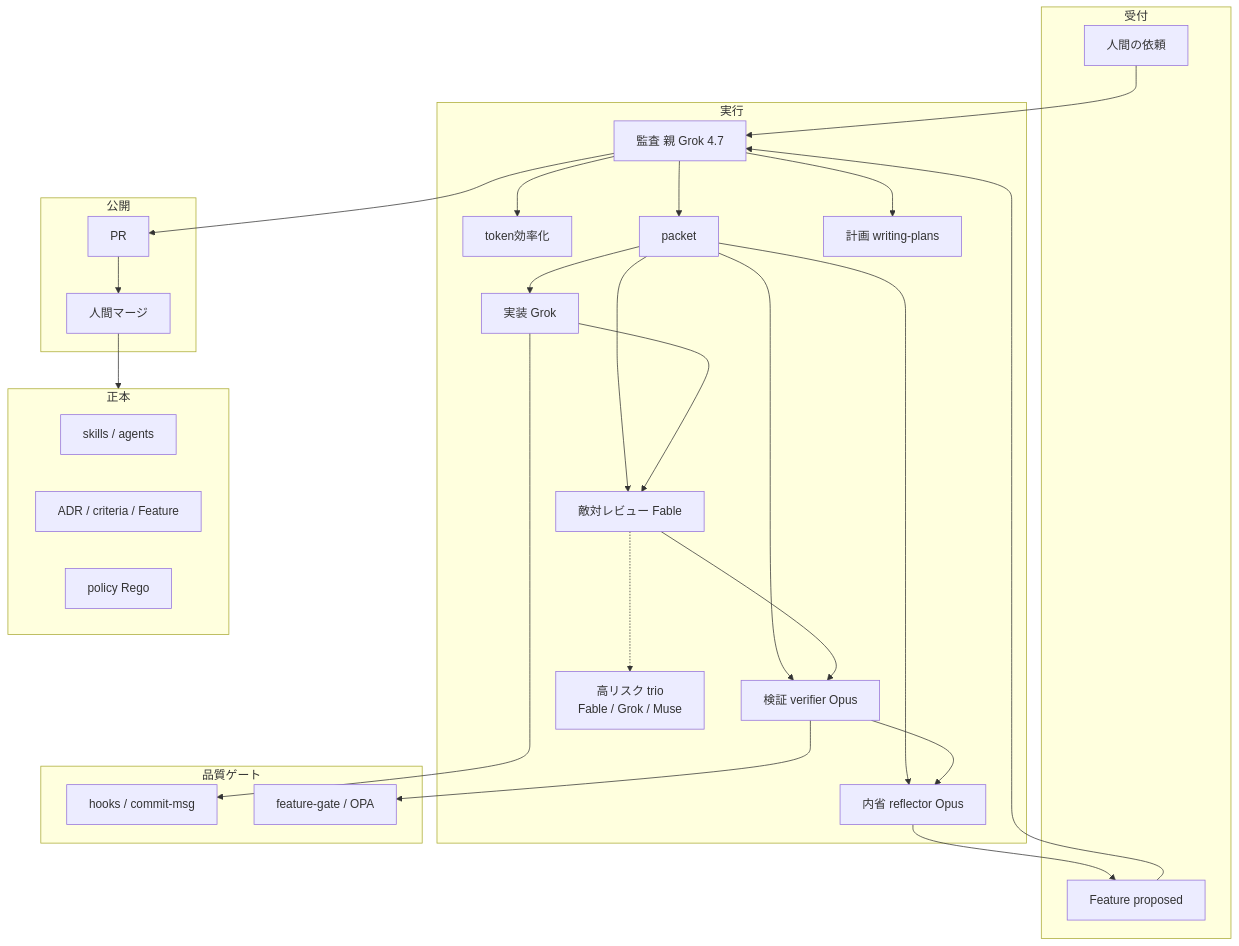
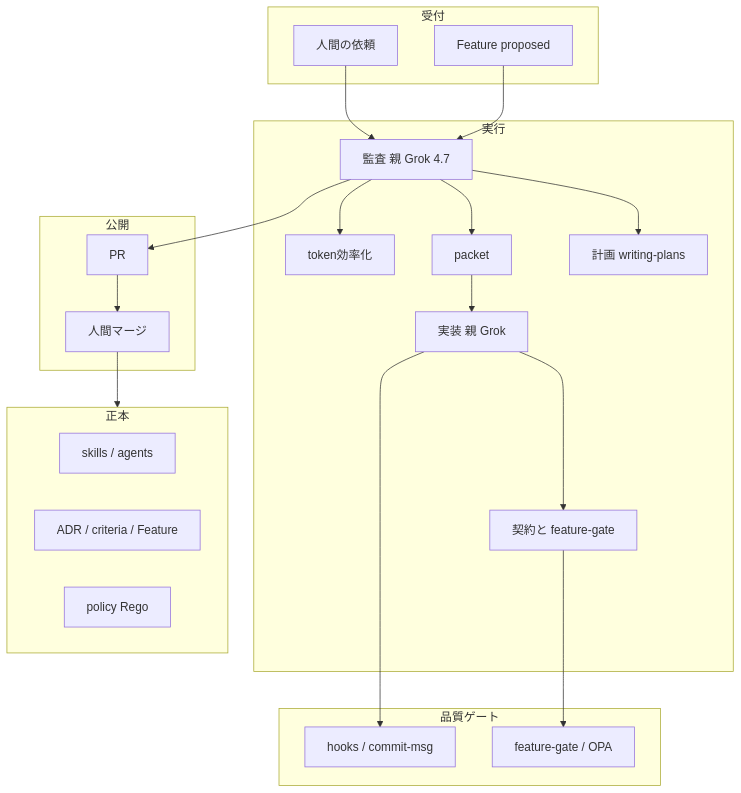
Before and after one commit to marumo333/marumo333-cursor-harness: the first of 3 diagrams in README.md, drawn with Mermaid. The commit also changed other lines of this file and 28 other files, not shown here.

````diff
--- a/README.md
+++ b/README.md
@@ -51,55 +51,45 @@
 ```mermaid
 flowchart TB
   subgraph inbound["受付"]
     H["人間の依頼"]
     FE["Feature proposed"]
   end
 
   subgraph plant["実行"]
     P["監査 親 Grok 4.7"]
     CM["token効率化"]
     PK["packet"]
     PL["計画 writing-plans"]
-    IM["実装 Grok"]
-    AR["敵対レビュー Fable"]
-    VR["検証 verifier Opus"]
-    RF["内省 reflector Opus"]
-    TR["高リスク trio<br/>Fable / Grok / Muse"]
+    IM["実装 親 Grok"]
+    CT["契約と feature-gate"]
   end
 
   subgraph qa["品質ゲート"]
     HK["hooks / commit-msg"]
     FG["feature-gate / OPA"]
   end
 
   subgraph warehouse["正本"]
     SK["skills / agents"]
     AD["ADR / criteria / Feature"]
     PO["policy Rego"]
   end
 
   subgraph ship["公開"]
     PR["PR"]
     HM["人間マージ"]
   end
 
   H --> P
   FE --> P
   P --> CM
   P --> PK
   P --> PL
   PK --> IM
-  PK --> AR
-  PK --> VR
-  PK --> RF
   IM --> HK
-  IM --> AR
-  AR --> VR
-  VR --> RF
-  AR -.-> TR
-  VR --> FG
-  RF --> FE
+  IM --> CT
+  CT --> FG
   P --> PR
   PR --> HM
   HM --> warehouse
 ```
````
